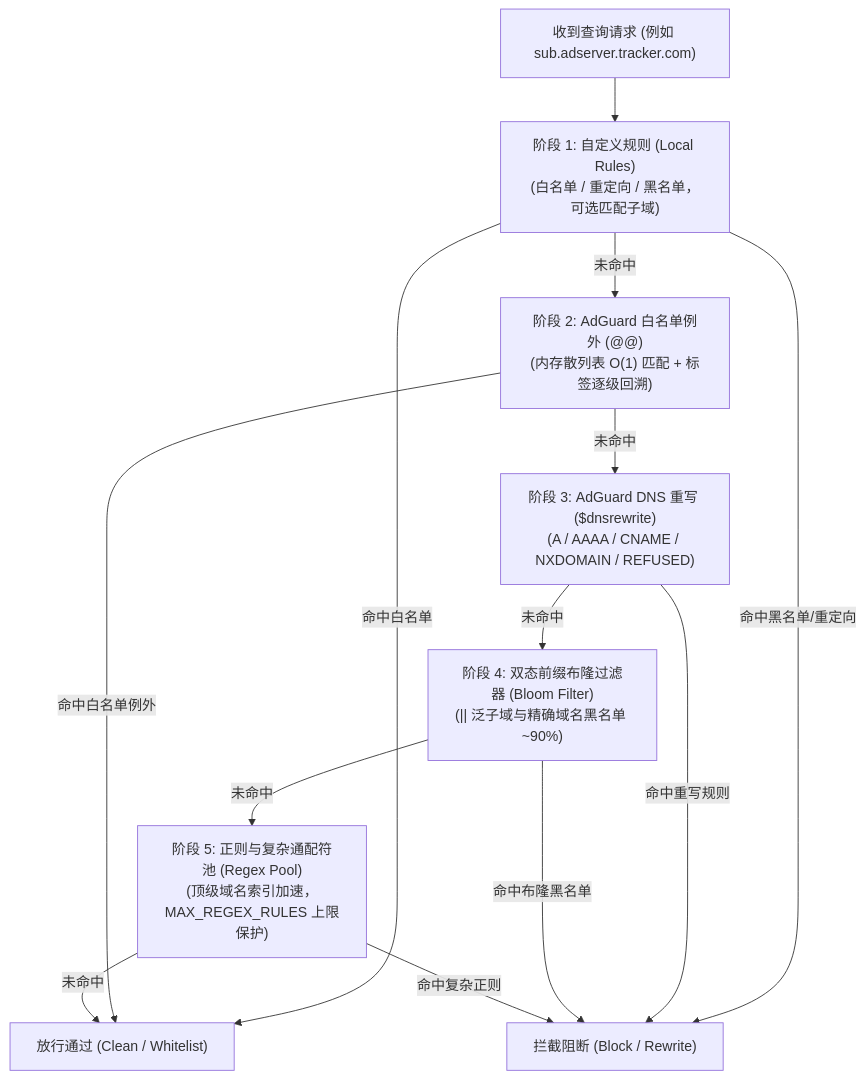
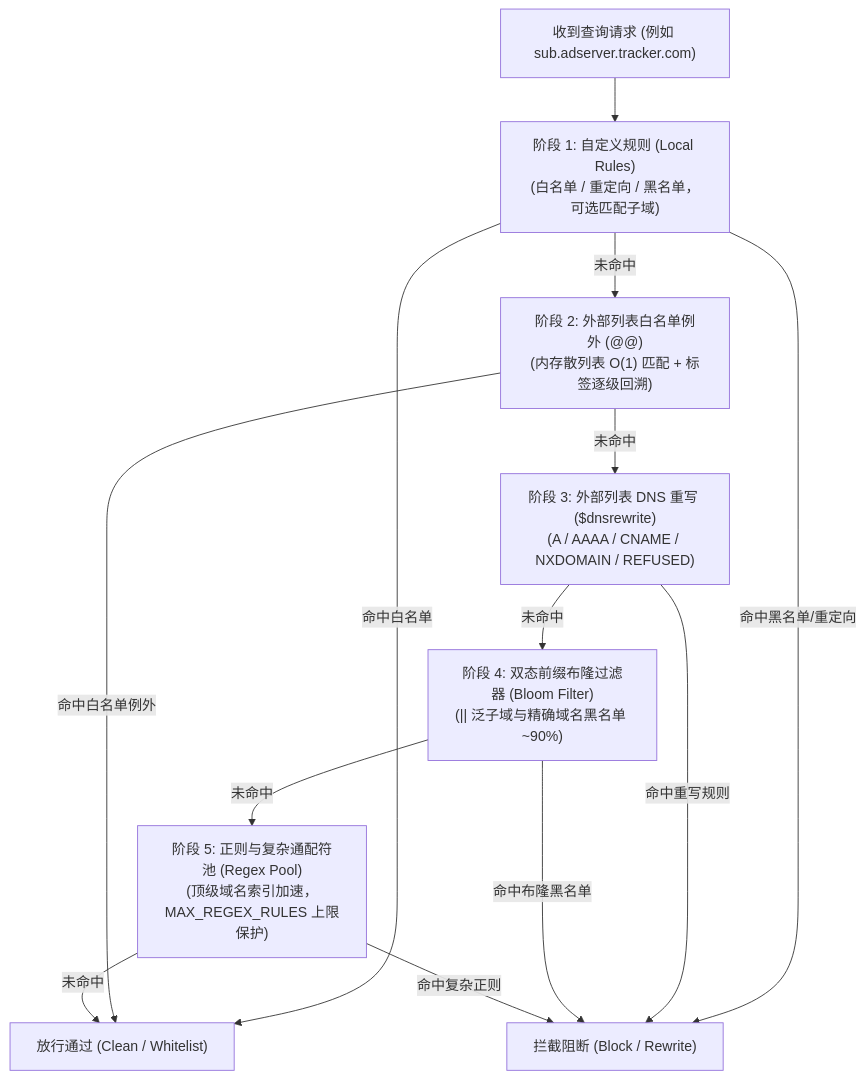
One commit to Obein/DNS-Worker changed the diagram in docs/src/content/docs/zh-cn/filtering/rules.mdx. Above: the diagram before and after it, drawn with Mermaid. The commit also changed other lines of this file and 17 other files, not shown here.

````diff
--- a/docs/src/content/docs/zh-cn/filtering/rules.mdx
+++ b/docs/src/content/docs/zh-cn/filtering/rules.mdx
@@ -104,28 +104,28 @@
 ```mermaid
 flowchart TD
     REQ["收到查询请求 (例如 sub.adserver.tracker.com)"]
     L1["阶段 1: 自定义规则 (Local Rules)<br/>(白名单 / 重定向 / 黑名单，可选匹配子域)"]
-    L2["阶段 2: AdGuard 白名单例外 (@@)<br/>(内存散列表 O(1) 匹配 + 标签逐级回溯)"]
-    L3["阶段 3: AdGuard DNS 重写 ($dnsrewrite)<br/>(A / AAAA / CNAME / NXDOMAIN / REFUSED)"]
+    L2["阶段 2: 外部列表白名单例外 (@@)<br/>(内存散列表 O(1) 匹配 + 标签逐级回溯)"]
+    L3["阶段 3: 外部列表 DNS 重写 ($dnsrewrite)<br/>(A / AAAA / CNAME / NXDOMAIN / REFUSED)"]
     L4["阶段 4: 双态前缀布隆过滤器 (Bloom Filter)<br/>(|| 泛子域与精确域名黑名单 ~90%)"]
     L5["阶段 5: 正则与复杂通配符池 (Regex Pool)<br/>(顶级域名索引加速，MAX_REGEX_RULES 上限保护)"]
     PASS["放行通过 (Clean / Whitelist)"]
     BLOCK["拦截阻断 (Block / Rewrite)"]
 
     REQ --> L1
     L1 -->|命中白名单| PASS
     L1 -->|命中黑名单/重定向| BLOCK
     L1 -->|未命中| L2
 
     L2 -->|命中白名单例外| PASS
     L2 -->|未命中| L3
 
     L3 -->|命中重写规则| BLOCK
     L3 -->|未命中| L4
 
     L4 -->|命中布隆黑名单| BLOCK
     L4 -->|未命中| L5
 
     L5 -->|命中复杂正则| BLOCK
     L5 -->|未命中| PASS
 ```
````
